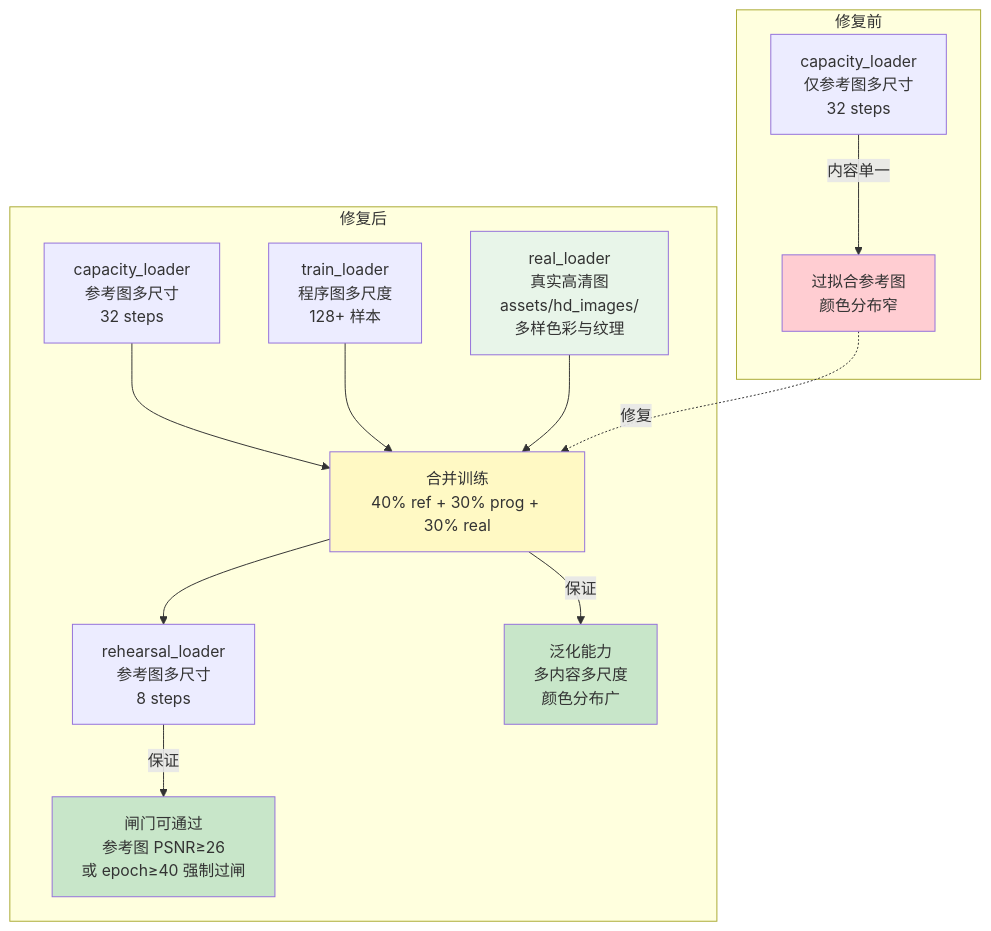
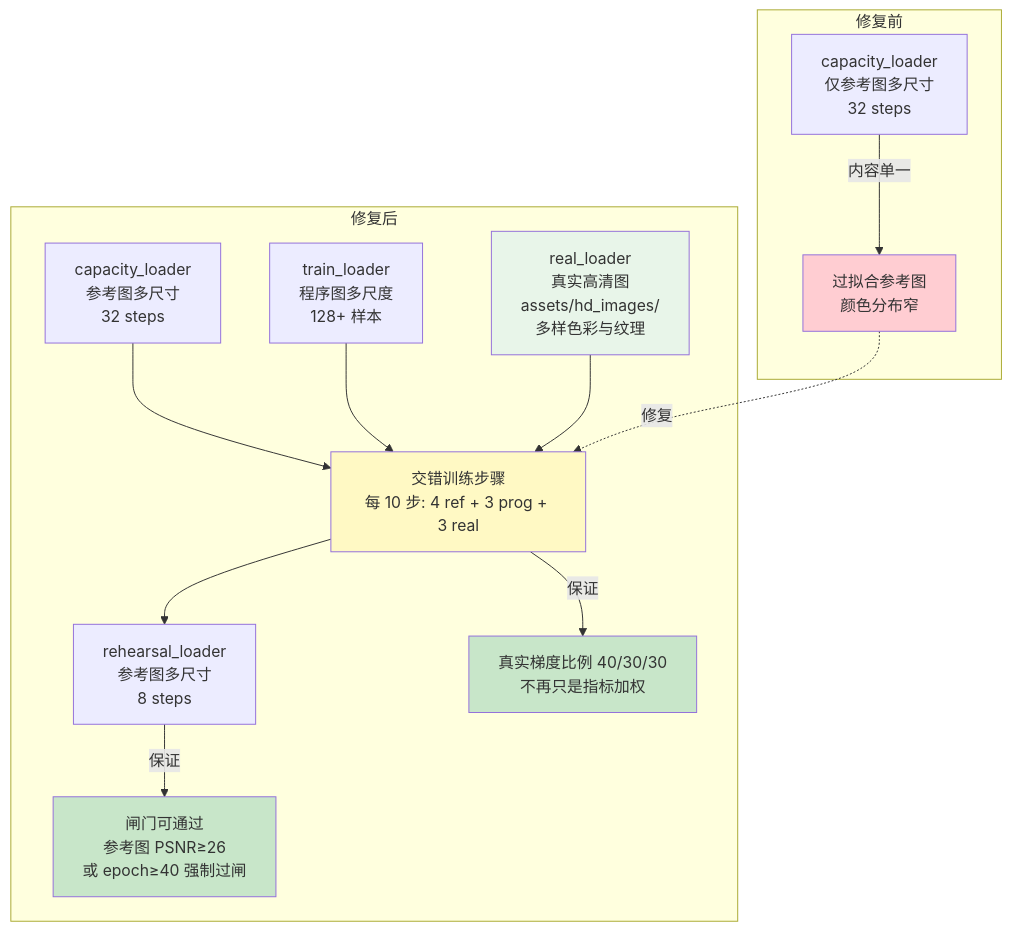
Before and after one commit to novvoo/kakeya-vae: diagram 13 of 19 in docs/architecture.md, drawn with Mermaid. The commit also changed other lines of this file and 8 other files, not shown here.

````diff
--- a/docs/architecture.md
+++ b/docs/architecture.md
@@ -668,29 +697,29 @@
 ```mermaid
 graph TD
     subgraph 修复前
         OLD_CAP[capacity_loader<br/>仅参考图多尺寸<br/>32 steps]
         OLD_CAP -->|内容单一| OVERFIT[过拟合参考图<br/>颜色分布窄]
     end
 
     subgraph 修复后
         NEW_CAP_REF[capacity_loader<br/>参考图多尺寸<br/>32 steps]
         NEW_CAP_PROG[train_loader<br/>程序图多尺度<br/>128+ 样本]
         NEW_CAP_REAL[real_loader<br/>真实高清图<br/>assets/hd_images/<br/>多样色彩与纹理]
         NEW_REH[rehearsal_loader<br/>参考图多尺寸<br/>8 steps]
 
-        NEW_CAP_REF --> MERGE[合并训练<br/>40% ref + 30% prog + 30% real]
+        NEW_CAP_REF --> MERGE[交错训练步骤<br/>每 10 步: 4 ref + 3 prog + 3 real]
         NEW_CAP_PROG --> MERGE
         NEW_CAP_REAL --> MERGE
         MERGE --> NEW_REH
         NEW_REH -->|保证| GATE[闸门可通过<br/>参考图 PSNR≥26<br/>或 epoch≥40 强制过闸]
-        MERGE -->|保证| GEN[泛化能力<br/>多内容多尺度<br/>颜色分布广]
+        MERGE -->|保证| GEN[真实梯度比例 40/30/30<br/>不再只是指标加权]
     end
 
     OVERFIT -.->|修复| MERGE
 
     style OVERFIT fill:#ffcdd2
     style GATE fill:#c8e6c9
     style GEN fill:#c8e6c9
     style MERGE fill:#fff9c4
     style NEW_CAP_REAL fill:#e8f5e9
 ```
````
